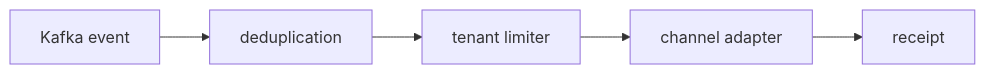
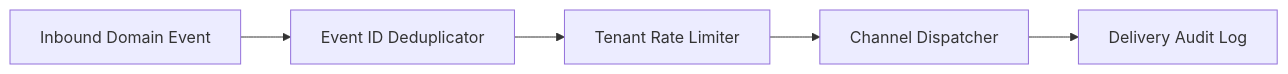
One commit to sohail-sharif-official/event-driven-notification-service changed the diagram in README.md. Above: the diagram before and after it, drawn with Mermaid. The commit also changed other lines of this file and 4 other files, not shown here.

Commit message:
Update architecture documentation, mermaid diagrams, and verification guide

````diff
--- a/README.md
+++ b/README.md
@@ -17,8 +10,7 @@
 ```mermaid
 flowchart LR
-  n0["Kafka event"] --> n1
-  n1["deduplication"] --> n2
-  n2["tenant limiter"] --> n3
-  n3["channel adapter"] --> n4
-  n4["receipt"]
+  Evt["Inbound Domain Event"] --> Dedup["Event ID Deduplicator"]
+  Dedup --> Rate["Tenant Rate Limiter"]
+  Rate --> Dispatch["Channel Dispatcher"]
+  Dispatch --> Receipt["Delivery Audit Log"]
 ```
````
